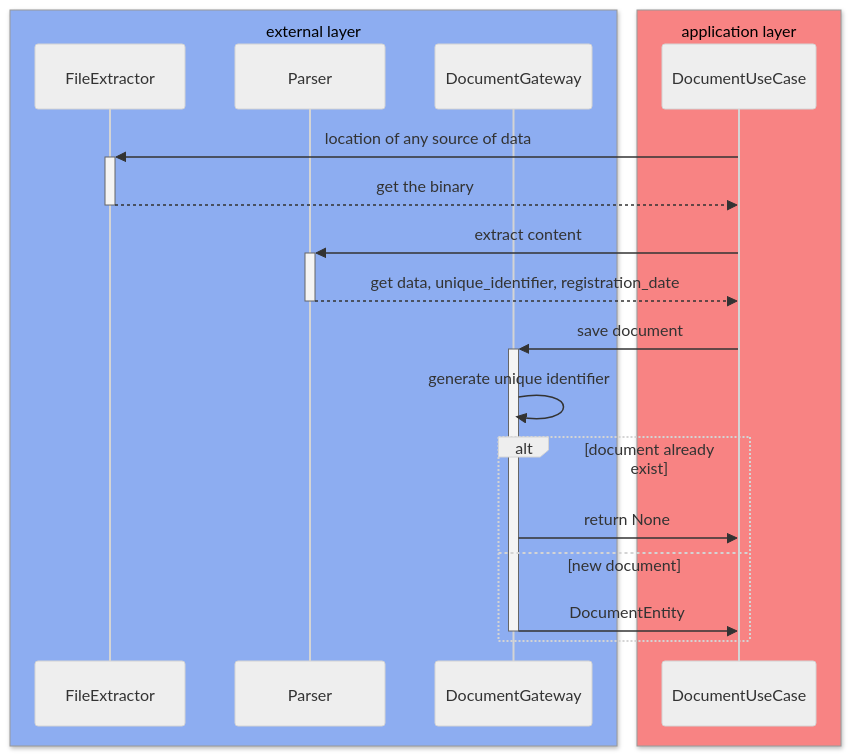
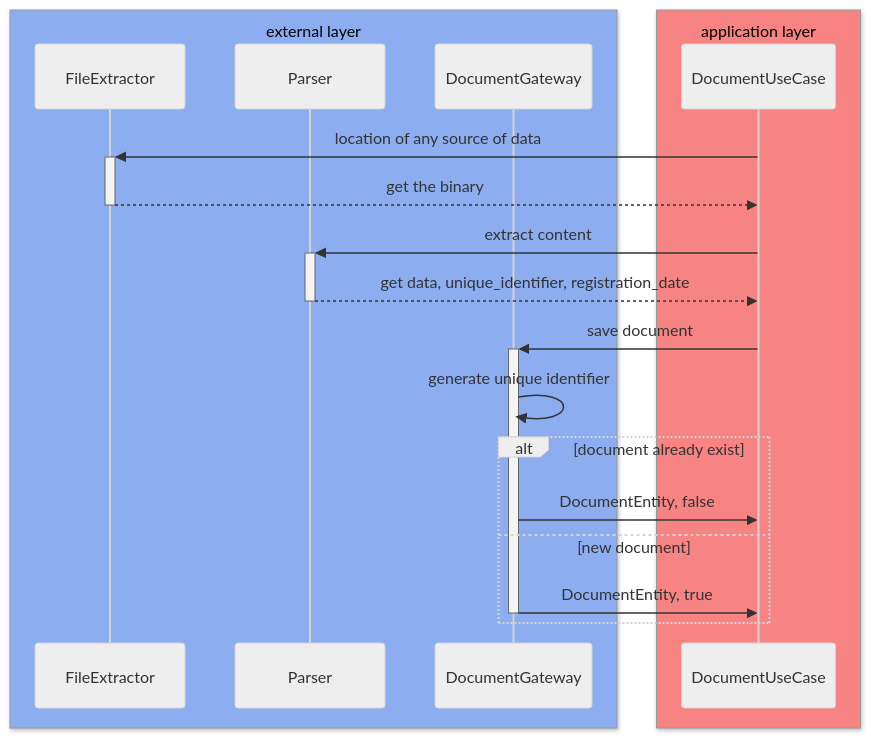
The first of 2 diagrams in new-service/src/Capplication/README.md (josueelias9/improving-BCP-organizate), drawn with Mermaid (neutral theme) before and after one commit. The commit also changed 7 other files, not shown here.

````diff
--- a/new-service/src/Capplication/README.md
+++ b/new-service/src/Capplication/README.md
@@ -3,28 +3,28 @@
 ```mermaid
 sequenceDiagram
     box rgb(141, 173, 241) external layer
     participant FileExtractor
     participant Parser
     participant DocumentGateway
     end
 
     box rgb(248, 131, 131) application layer
     participant DocumentUseCase
     end
     
     DocumentUseCase->>+FileExtractor: location of any source of data
     FileExtractor-->>-DocumentUseCase: get the binary
 
     DocumentUseCase->>+Parser: extract content
     Parser-->>-DocumentUseCase: get data, unique_identifier, registration_date
 
     DocumentUseCase->>+DocumentGateway: save document
     DocumentGateway->>DocumentGateway: generate unique identifier
     alt document already exist
-    DocumentGateway->>DocumentUseCase: return None
+    DocumentGateway->>DocumentUseCase: DocumentEntity, false
     else new document
-    DocumentGateway->>-DocumentUseCase: DocumentEntity
+    DocumentGateway->>-DocumentUseCase: DocumentEntity, true
 
     end
 
 ```
````
